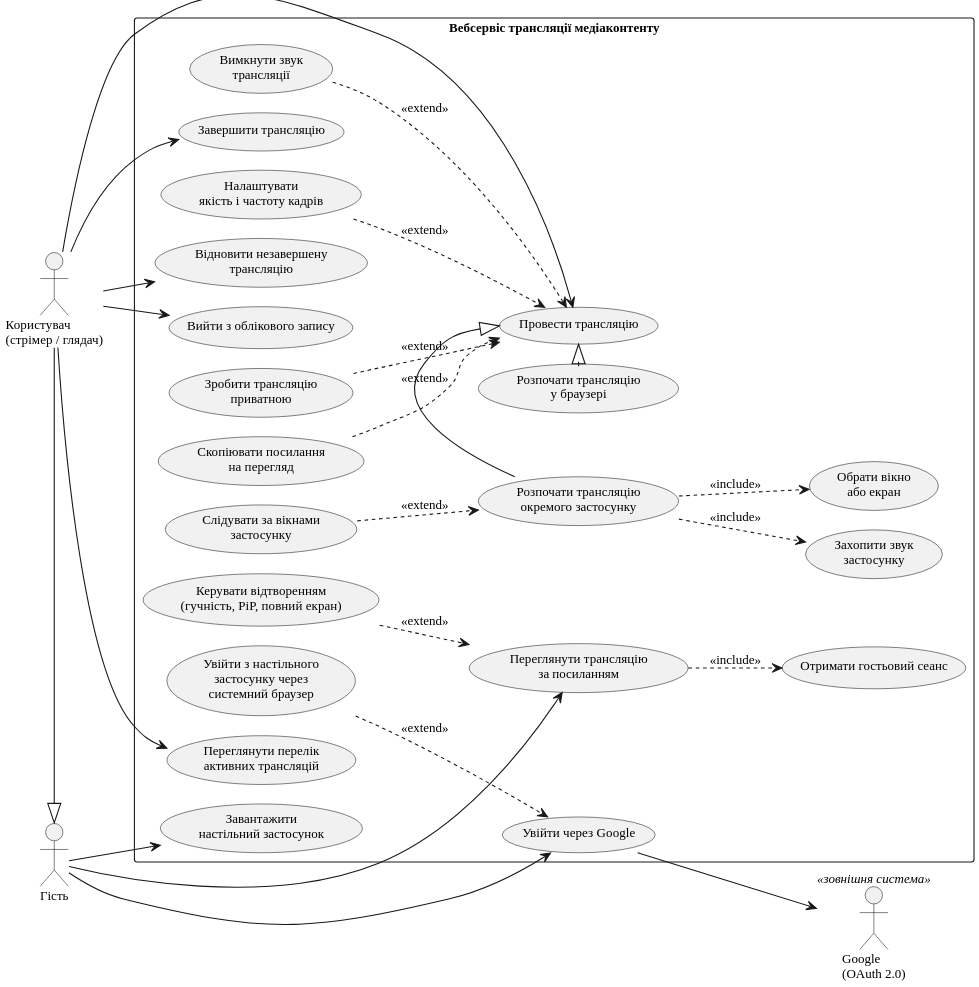
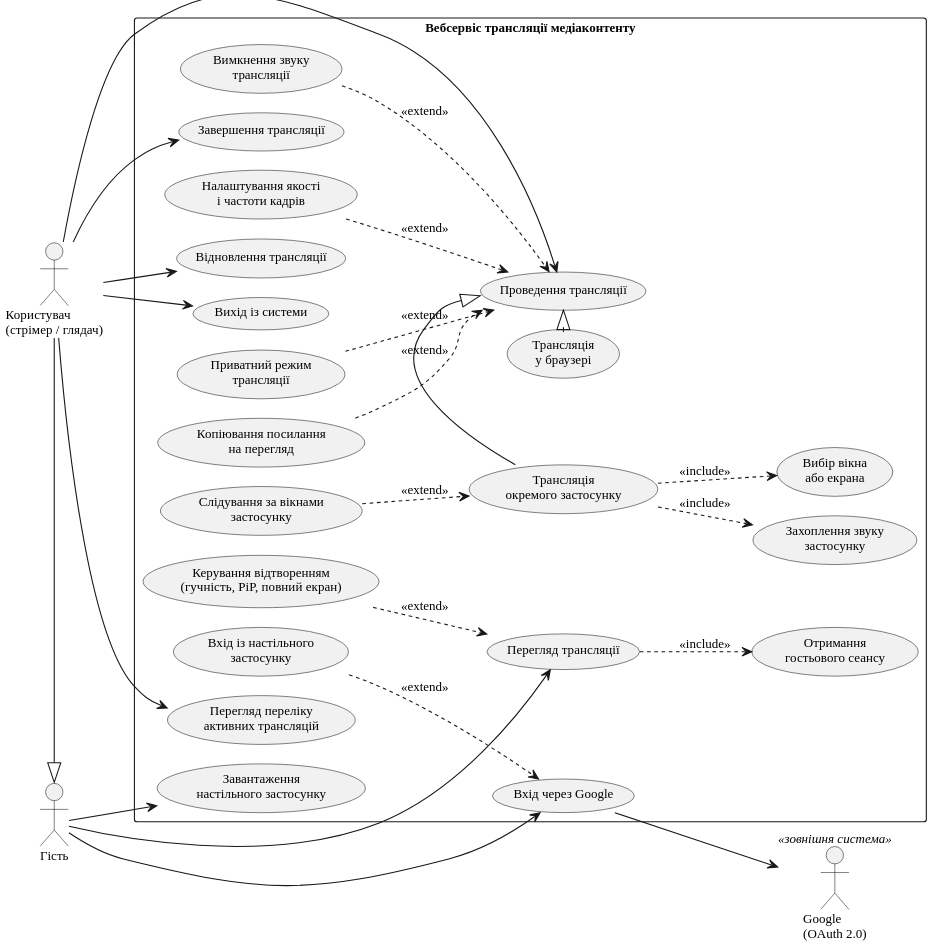
The diagram in thesis/diagrams/fig-use-cases.puml (Nikitos1926/stream-share), drawn with PlantUML before and after one commit. The commit also changed 11 other files, not shown here.

```diff
--- a/thesis/diagrams/fig-use-cases.puml
+++ b/thesis/diagrams/fig-use-cases.puml
@@ -1,65 +1,65 @@
 @startuml
 !pragma layout smetana
 skinparam defaultFontName "Liberation Serif"
 skinparam dpi 200
 skinparam shadowing false
 skinparam monochrome true
 skinparam defaultFontSize 12
 skinparam packageStyle rectangle
 left to right direction
 
 actor "Гість" as Guest
 actor "Користувач\n(стрімер / глядач)" as User
 actor "Google\n(OAuth 2.0)" as Google <<зовнішня система>>
 
 User -|> Guest
 
 rectangle "Вебсервіс трансляції медіаконтенту" {
-  usecase "Переглянути трансляцію\nза посиланням" as UC_Watch
-  usecase "Отримати гостьовий сеанс" as UC_GuestSession
-  usecase "Керувати відтворенням\n(гучність, PiP, повний екран)" as UC_Playback
-  usecase "Завантажити\nнастільний застосунок" as UC_Download
+  usecase "Перегляд трансляції" as UC_Watch
+  usecase "Отримання\nгостьового сеансу" as UC_GuestSession
+  usecase "Керування відтворенням\n(гучність, PiP, повний екран)" as UC_Playback
+  usecase "Завантаження\nнастільного застосунку" as UC_Download
 
-  usecase "Увійти через Google" as UC_Login
-  usecase "Увійти з настільного\nзастосунку через\nсистемний браузер" as UC_DesktopLogin
-  usecase "Вийти з облікового запису" as UC_Logout
-  usecase "Переглянути перелік\nактивних трансляцій" as UC_List
+  usecase "Вхід через Google" as UC_Login
+  usecase "Вхід із настільного\nзастосунку" as UC_DesktopLogin
+  usecase "Вихід із системи" as UC_Logout
+  usecase "Перегляд переліку\nактивних трансляцій" as UC_List
 
-  usecase "Провести трансляцію" as UC_Stream
-  usecase "Розпочати трансляцію\nу браузері" as UC_BrowserStream
-  usecase "Розпочати трансляцію\nокремого застосунку" as UC_AppStream
-  usecase "Обрати вікно\nабо екран" as UC_PickSource
-  usecase "Захопити звук\nзастосунку" as UC_AppAudio
-  usecase "Слідувати за вікнами\nзастосунку" as UC_Follow
-  usecase "Налаштувати\nякість і частоту кадрів" as UC_Quality
-  usecase "Зробити трансляцію\nприватною" as UC_Private
-  usecase "Скопіювати посилання\nна перегляд" as UC_Link
-  usecase "Вимкнути звук\nтрансляції" as UC_Mute
-  usecase "Завершити трансляцію" as UC_End
-  usecase "Відновити незавершену\nтрансляцію" as UC_Reconnect
+  usecase "Проведення трансляції" as UC_Stream
+  usecase "Трансляція\nу браузері" as UC_BrowserStream
+  usecase "Трансляція\nокремого застосунку" as UC_AppStream
+  usecase "Вибір вікна\nабо екрана" as UC_PickSource
+  usecase "Захоплення звуку\nзастосунку" as UC_AppAudio
+  usecase "Слідування за вікнами\nзастосунку" as UC_Follow
+  usecase "Налаштування якості\nі частоти кадрів" as UC_Quality
+  usecase "Приватний режим\nтрансляції" as UC_Private
+  usecase "Копіювання посилання\nна перегляд" as UC_Link
+  usecase "Вимкнення звуку\nтрансляції" as UC_Mute
+  usecase "Завершення трансляції" as UC_End
+  usecase "Відновлення трансляції" as UC_Reconnect
 }
 
 Guest --> UC_Watch
 Guest --> UC_Download
 Guest --> UC_Login
 UC_Watch ..> UC_GuestSession : <<include>>
 UC_Playback ..> UC_Watch : <<extend>>
 UC_DesktopLogin ..> UC_Login : <<extend>>
 UC_Login --> Google
 
 User --> UC_Logout
 User --> UC_List
 User --> UC_Stream
 User --> UC_End
 User --> UC_Reconnect
 
 UC_BrowserStream -|> UC_Stream
 UC_AppStream -|> UC_Stream
 UC_AppStream ..> UC_PickSource : <<include>>
 UC_AppStream ..> UC_AppAudio : <<include>>
 UC_Follow ..> UC_AppStream : <<extend>>
 UC_Quality ..> UC_Stream : <<extend>>
 UC_Private ..> UC_Stream : <<extend>>
 UC_Link ..> UC_Stream : <<extend>>
 UC_Mute ..> UC_Stream : <<extend>>
 @enduml
```
